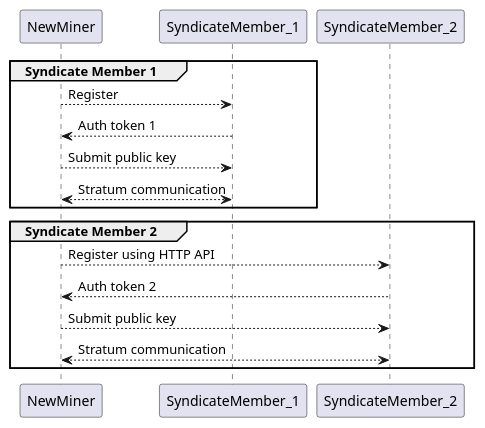
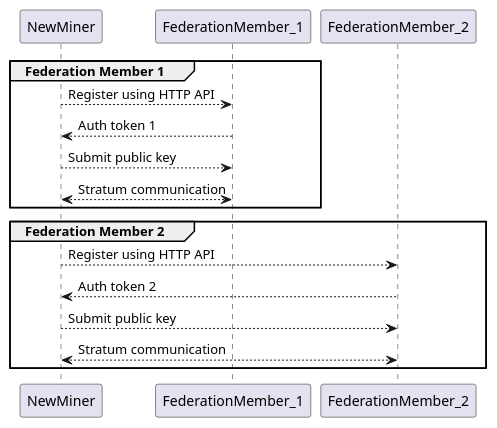
Before and after one commit to pool2win/radpool-design: the third of 4 diagrams in one-page/mining-syndicate.adoc, drawn with PlantUML. The commit also changed other lines of this file and 4 other files, not shown here.

```diff
--- a/one-page/mining-syndicate.adoc
+++ b/one-page/mining-syndicate.adoc
@@ -307,21 +344,21 @@
 [plantuml, target=intial-setup]
 ....
 @startuml
 
-group Syndicate Member 1
-NewMiner --> SyndicateMember_1: Register
-NewMiner <-- SyndicateMember_1: Auth token 1
-NewMiner --> SyndicateMember_1: Submit public key
+group Federation Member 1
+NewMiner --> FederationMember_1: Register using HTTP API
+NewMiner <-- FederationMember_1: Auth token 1
+NewMiner --> FederationMember_1: Submit public key
 
-NewMiner <--> SyndicateMember_1: Stratum communication
+NewMiner <--> FederationMember_1: Stratum communication
 end
 
-group Syndicate Member 2
-NewMiner --> SyndicateMember_2: Register using HTTP API
-NewMiner <-- SyndicateMember_2: Auth token 2
-NewMiner --> SyndicateMember_2: Submit public key
+group Federation Member 2
+NewMiner --> FederationMember_2: Register using HTTP API
+NewMiner <-- FederationMember_2: Auth token 2
+NewMiner --> FederationMember_2: Submit public key
 
-NewMiner <--> SyndicateMember_2: Stratum communication
+NewMiner <--> FederationMember_2: Stratum communication
 end
 @enduml
 ....
```
